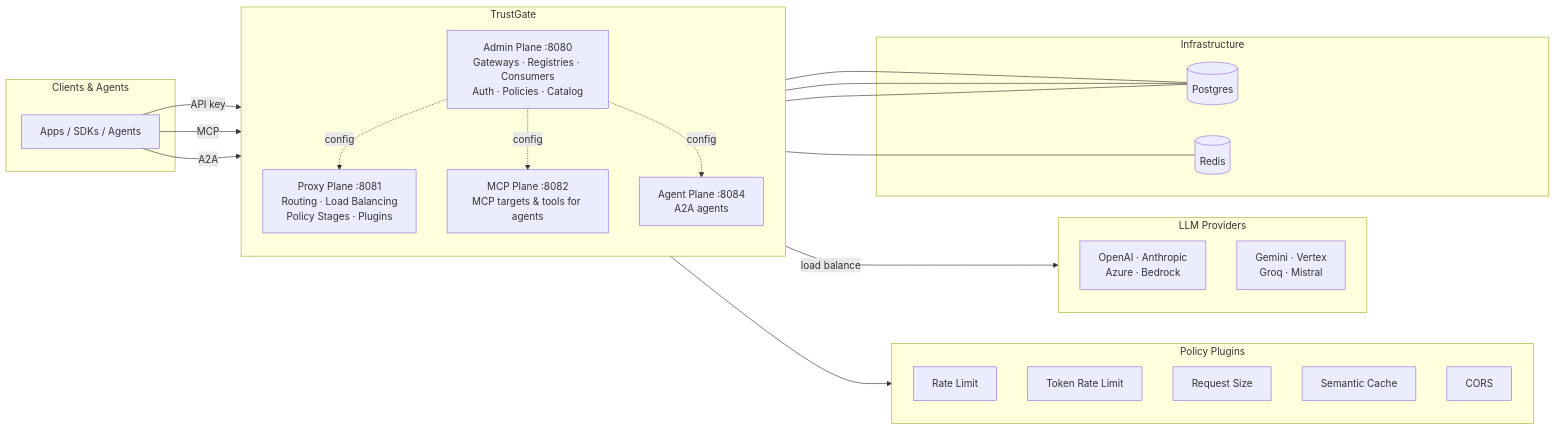
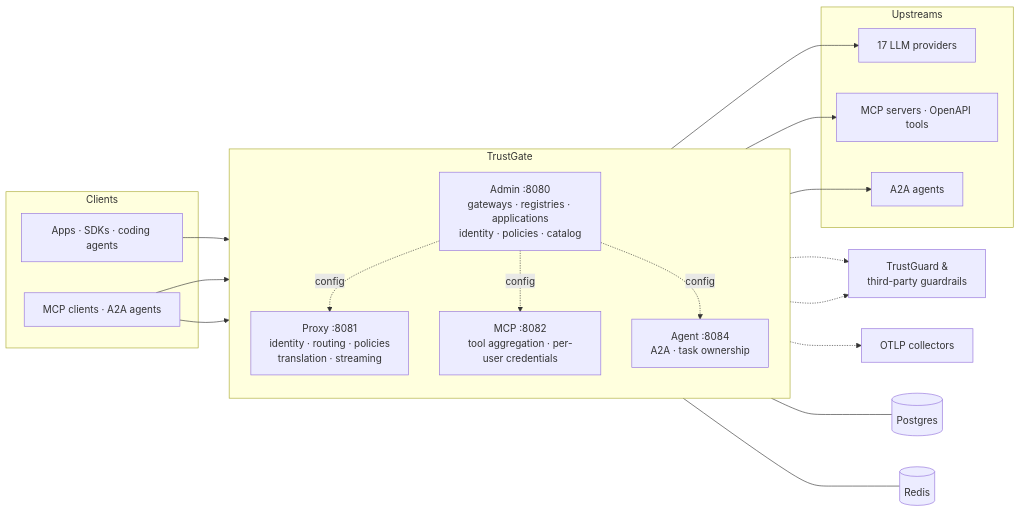
The diagram in README.md (NeuralTrust/TrustGate), drawn with Mermaid before and after one commit. The commit also changed other lines of this file, not shown here.

First line of the commit message:
docs(readme): describe TrustGate as it is today

````diff
--- a/README.md
+++ b/README.md
@@ -201,45 +166,41 @@
 ```mermaid
 flowchart LR
-    subgraph Clients["Clients & Agents"]
-        APP["Apps / SDKs / Agents"]
+    subgraph Clients["Clients"]
+        APP["Apps · SDKs · coding agents"]
+        AGENTS["MCP clients · A2A agents"]
     end
 
-    subgraph AG["TrustGate"]
+    subgraph TG["TrustGate"]
         direction TB
-        ADMIN["Admin Plane :8080\nGateways · Registries · Consumers\nAuth · Policies · Catalog"]
-        PROXY["Proxy Plane :8081\nRouting · Load Balancing\nPolicy Stages · Plugins"]
-        MCP["MCP Plane :8082\nMCP targets & tools for agents"]
-        AGENT["Agent Plane :8084\nA2A agents"]
+        ADMIN["Admin :8080\ngateways · registries · applications\nidentity · policies · catalog"]
+        PROXY["Proxy :8081\nidentity · routing · policies\ntranslation · streaming"]
+        MCP["MCP :8082\ntool aggregation · per-user credentials"]
+        AGENT["Agent :8084\nA2A · task ownership"]
     end
 
-    subgraph Plugins["Policy Plugins"]
-        RL["Rate Limit"]
-        TRL["Token Rate Limit"]
-        RS["Request Size"]
-        SC["Semantic Cache"]
-        CORS["CORS"]
+    subgraph Up["Upstreams"]
+        LLM["17 LLM providers"]
+        TOOLS["MCP servers · OpenAPI tools"]
+        A2A["A2A agents"]
     end
 
-    subgraph Providers["LLM Providers"]
-        P1["OpenAI · Anthropic\nAzure · Bedrock"]
-        P2["Gemini · Vertex\nGroq · Mistral"]
-    end
+    GUARD["TrustGuard &\nthird-party guardrails"]
+    OTEL["OTLP collectors"]
+    PG[("Postgres")]
+    RD[("Redis")]
 
-    subgraph Infra["Infrastructure"]
-        PG[("Postgres")]
-        RD[("Redis")]
-    end
-
-    APP -->|API key| PROXY
-    APP -->|MCP| MCP
-    APP -->|A2A| AGENT
-    PROXY --> Plugins
-    PROXY -->|load balance| Providers
+    APP --> PROXY
+    AGENTS --> MCP
+    AGENTS --> AGENT
+    PROXY --> LLM
+    MCP --> TOOLS
+    AGENT --> A2A
+    PROXY -.-> GUARD
+    MCP -.-> GUARD
+    TG -.-> OTEL
     ADMIN -. config .-> PROXY
     ADMIN -. config .-> MCP
     ADMIN -. config .-> AGENT
     ADMIN --- PG
-    PROXY --- PG
     PROXY --- RD
-    MCP --- PG
 ```
````
